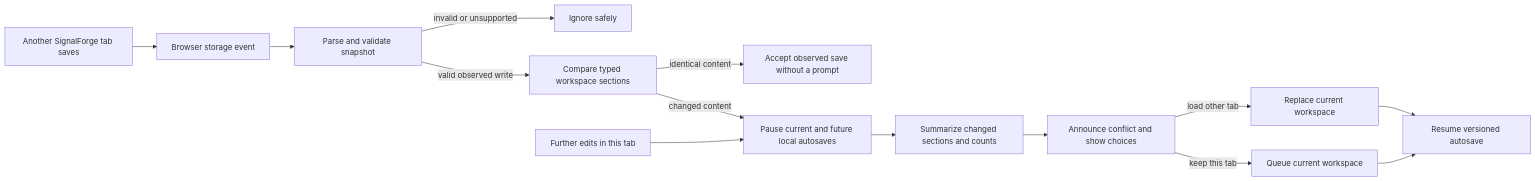
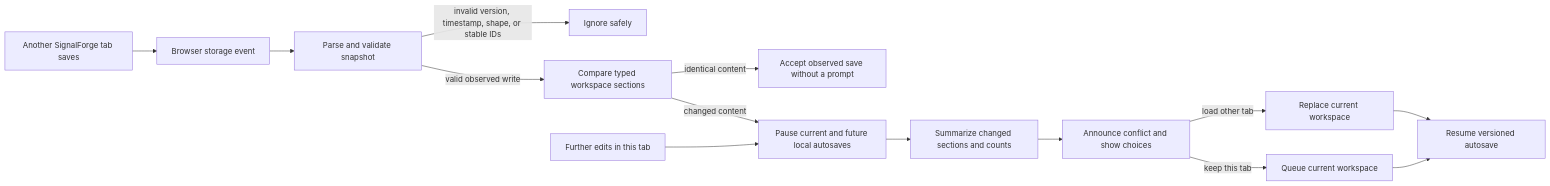
Diagram 14 of 15 in signalforge/docs/architecture.md (ASKR04/JavaScript), drawn with Mermaid before and after one commit. The commit also changed other lines of this file and 6 other files, not shown here.

````diff
--- a/signalforge/docs/architecture.md
+++ b/signalforge/docs/architecture.md
@@ -275,16 +275,16 @@
 ```mermaid
 flowchart LR
     OtherTab["Another SignalForge tab saves"] --> Event["Browser storage event"]
     Event --> Parse["Parse and validate snapshot"]
-    Parse -->|invalid or unsupported| Ignore["Ignore safely"]
+    Parse -->|invalid version, timestamp, shape, or stable IDs| Ignore["Ignore safely"]
     Parse -->|valid observed write| Compare["Compare typed workspace sections"]
     Compare -->|identical content| Reconcile["Accept observed save without a prompt"]
     Compare -->|changed content| Pause["Pause current and future local autosaves"]
     Edit["Further edits in this tab"] --> Pause
     Pause --> Summary["Summarize changed sections and counts"]
     Summary --> Alert["Announce conflict and show choices"]
     Alert -->|load other tab| Replace["Replace current workspace"]
     Alert -->|keep this tab| Requeue["Queue current workspace"]
     Replace --> Autosave["Resume versioned autosave"]
     Requeue --> Autosave
 ```
````
